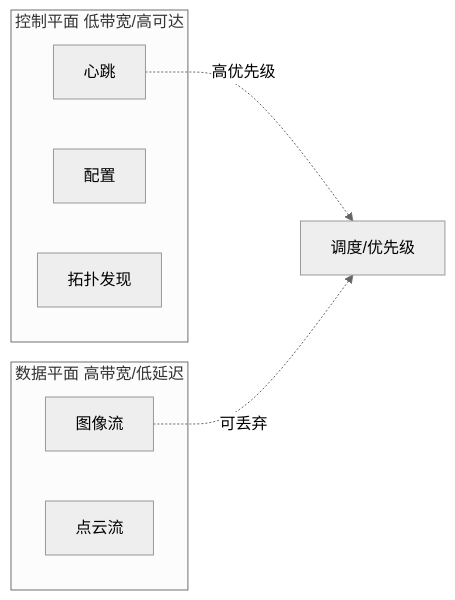
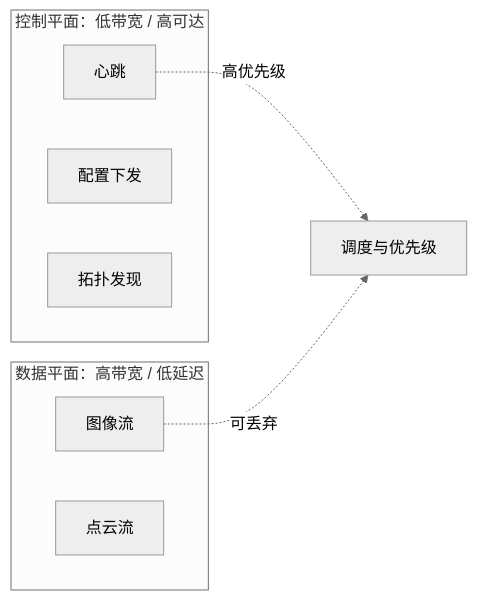
One commit to cavemancave/mw-study changed the fourth of 7 diagrams in docs/chapter1.md. Above: the diagram before and after it, drawn with Mermaid (neutral theme). The commit also changed other lines of this file and 6 other files, not shown here.

````diff
--- a/docs/chapter1.md
+++ b/docs/chapter1.md
@@ -86,11 +195,11 @@
 ```mermaid
 flowchart LR
-    subgraph 控制平面 低带宽/高可达
-        H[心跳] & CFG[配置] & TOPO[拓扑发现]
+    subgraph CP["控制平面：低带宽 / 高可达"]
+        H[心跳] & CFG[配置下发] & TOPO[拓扑发现]
     end
-    subgraph 数据平面 高带宽/低延迟
+    subgraph DP["数据平面：高带宽 / 低延迟"]
         IMG[图像流] & PC[点云流]
     end
-    H -.高优先级.-> SCHED[调度/优先级]
+    H -.高优先级.-> SCHED[调度与优先级]
     IMG -.可丢弃.-> SCHED
 ```
````
